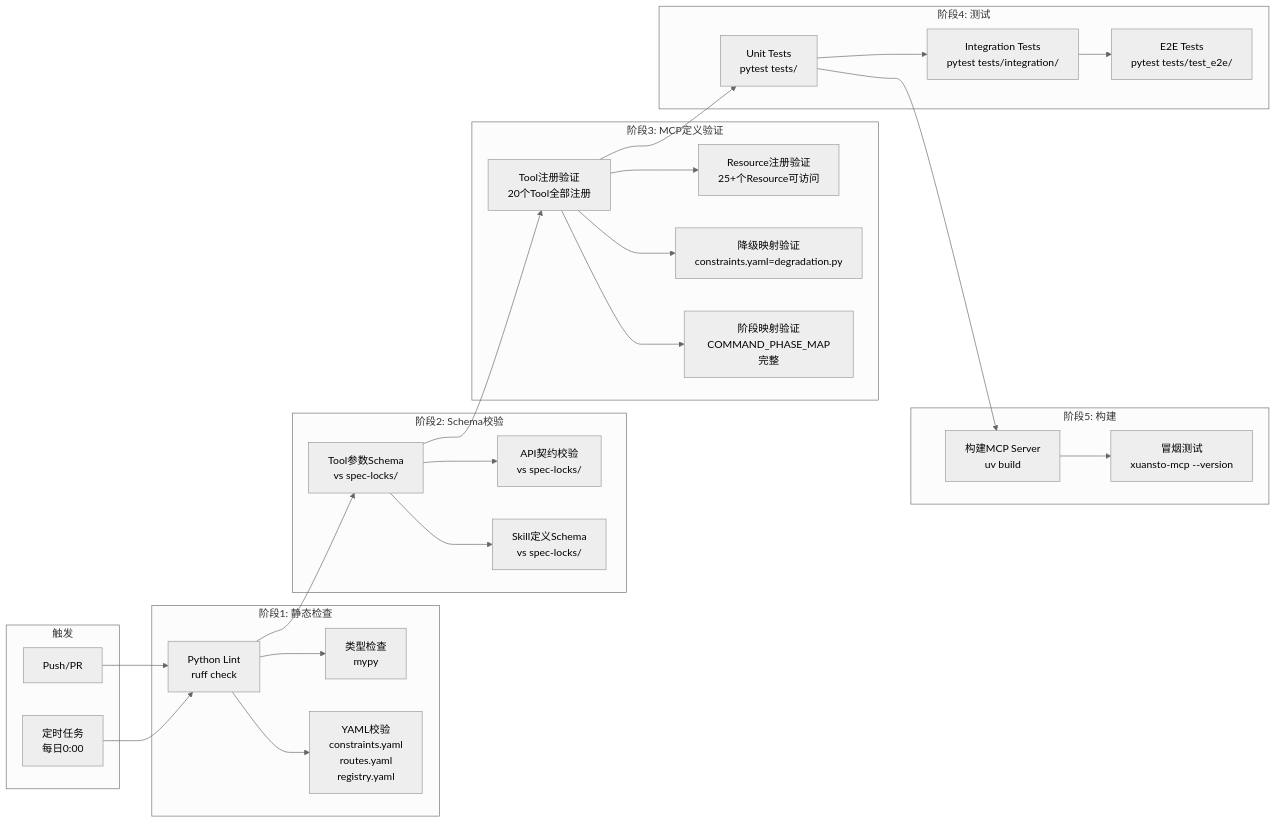
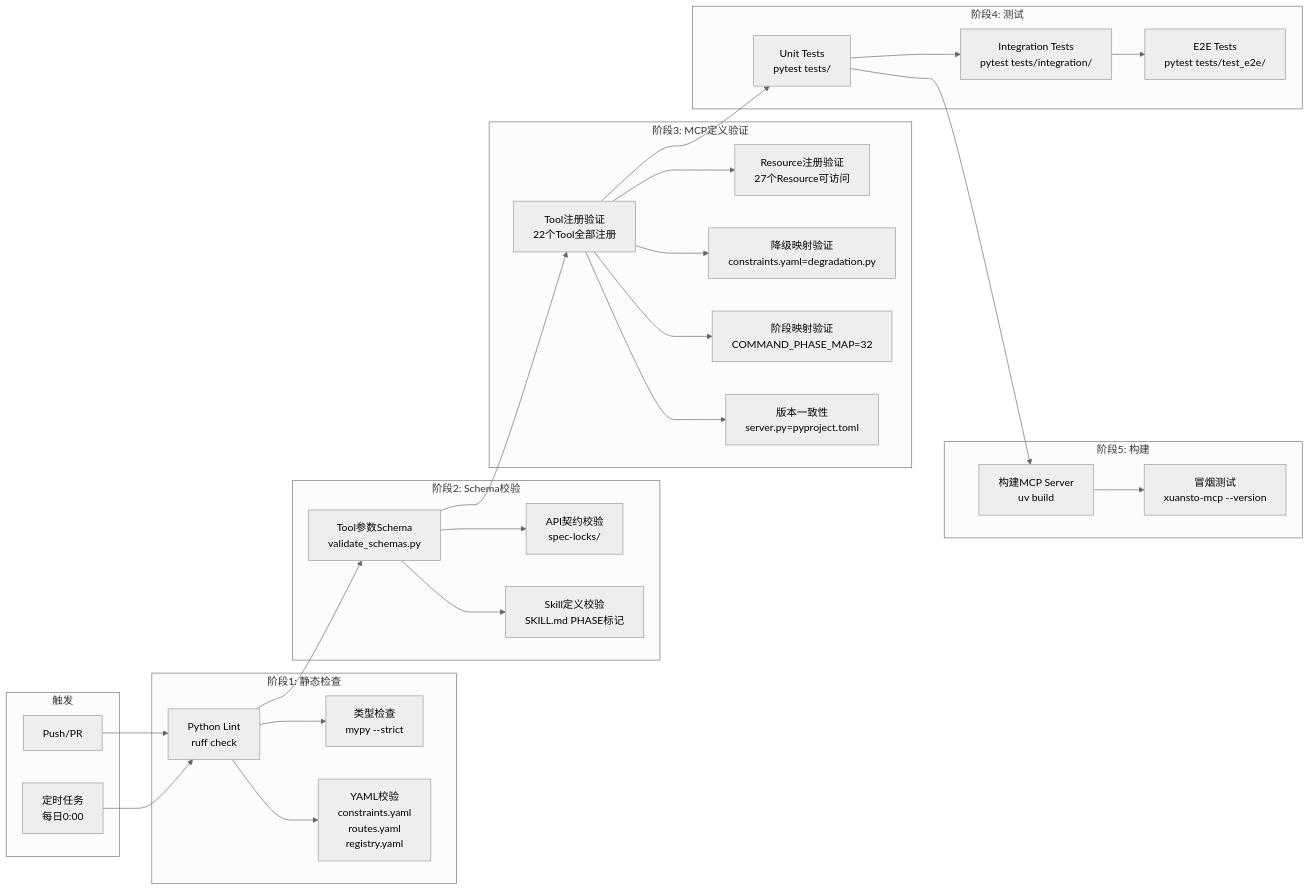
Before and after one commit to xuanyuanchumo/xuansto: diagram 12 of 12 in docs/plan/REFACTOR_PLAN.md, drawn with Mermaid (neutral theme). The commit also changed other lines of this file and 34 other files, not shown here.

````diff
--- a/docs/plan/REFACTOR_PLAN.md
+++ b/docs/plan/REFACTOR_PLAN.md
@@ -752,50 +795,52 @@
 ```mermaid
 graph LR
     subgraph "触发"
         PUSH[Push/PR]
         SCHEDULE[定时任务<br/>每日0:00]
     end
 
     subgraph "阶段1: 静态检查"
         LINT[Python Lint<br/>ruff check]
-        TYPE[类型检查<br/>mypy]
+        TYPE[类型检查<br/>mypy --strict]
         YAML[YAML校验<br/>constraints.yaml<br/>routes.yaml<br/>registry.yaml]
     end
 
     subgraph "阶段2: Schema校验"
-        TOOL_SCHEMA[Tool参数Schema<br/>vs spec-locks/]
-        API_CONTRACT[API契约校验<br/>vs spec-locks/]
-        SKILL_DEF[Skill定义Schema<br/>vs spec-locks/]
+        TOOL_SCHEMA[Tool参数Schema<br/>validate_schemas.py]
+        API_CONTRACT[API契约校验<br/>spec-locks/]
+        SKILL_DEF[Skill定义校验<br/>SKILL.md PHASE标记]
     end
 
     subgraph "阶段3: MCP定义验证"
-        TOOL_REG[Tool注册验证<br/>20个Tool全部注册]
-        RES_REG[Resource注册验证<br/>25+个Resource可访问]
+        TOOL_REG[Tool注册验证<br/>22个Tool全部注册]
+        RES_REG[Resource注册验证<br/>27个Resource可访问]
         DEGR_MAP[降级映射验证<br/>constraints.yaml=degradation.py]
-        PHASE_MAP[阶段映射验证<br/>COMMAND_PHASE_MAP完整]
+        PHASE_MAP[阶段映射验证<br/>COMMAND_PHASE_MAP=32]
+        VERSION[版本一致性<br/>server.py=pyproject.toml]
     end
 
     subgraph "阶段4: 测试"
         UNIT[Unit Tests<br/>pytest tests/]
         INT[Integration Tests<br/>pytest tests/integration/]
         E2E[E2E Tests<br/>pytest tests/test_e2e/]
     end
 
     subgraph "阶段5: 构建"
         BUILD[构建MCP Server<br/>uv build]
         SMOKE[冒烟测试<br/>xuansto-mcp --version]
     end
 
     PUSH --> LINT --> TOOL_SCHEMA --> TOOL_REG --> UNIT --> BUILD
     LINT --> TYPE
     LINT --> YAML
     TOOL_SCHEMA --> API_CONTRACT
     TOOL_SCHEMA --> SKILL_DEF
     TOOL_REG --> RES_REG
     TOOL_REG --> DEGR_MAP
     TOOL_REG --> PHASE_MAP
+    TOOL_REG --> VERSION
     UNIT --> INT --> E2E
     BUILD --> SMOKE
 
     SCHEDULE --> LINT
 ```
````
